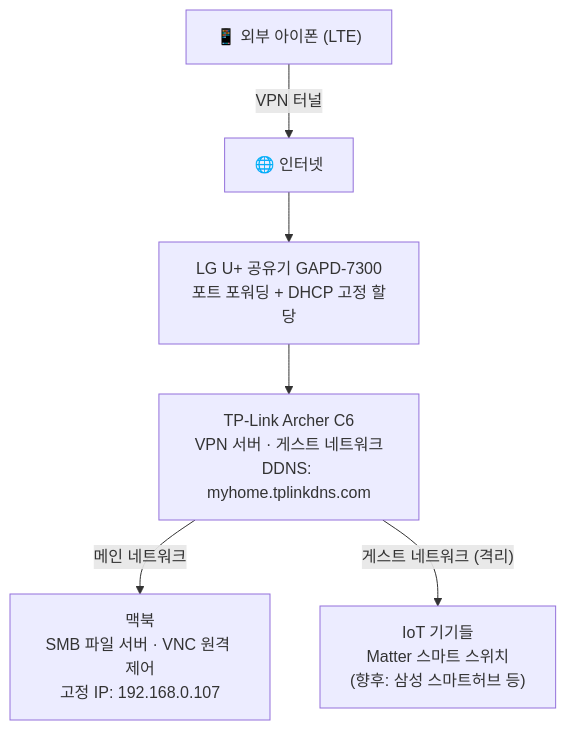
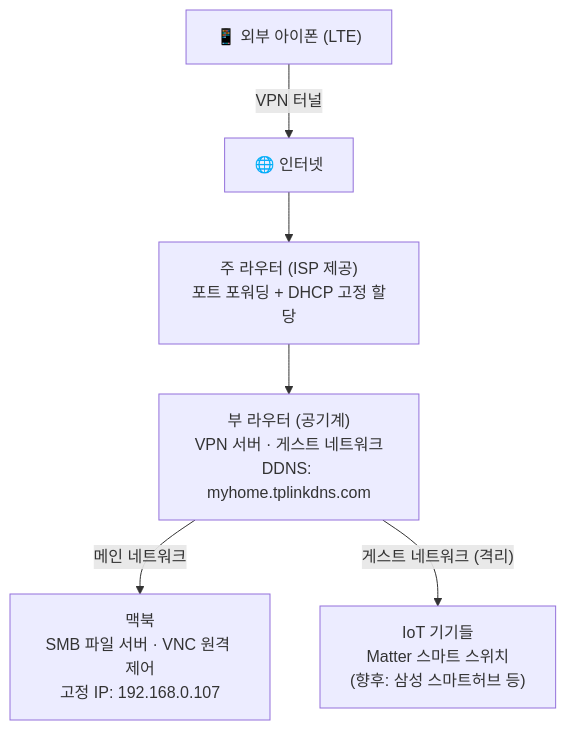
The first of 2 diagrams in content/ko/router-vpn-01.md (samcho0608/samcho0608.github.io), drawn with Mermaid before and after one commit. The commit also changed other lines of this file and 9 other files, not shown here.

````diff
--- a/content/ko/router-vpn-01.md
+++ b/content/ko/router-vpn-01.md
@@ -58,15 +58,15 @@
 ```mermaid
 graph TD
     Internet["🌐 인터넷"]
-    LG["LG U+ 공유기 GAPD-7300<br/>포트 포워딩 + DHCP 고정 할당"]
-    C6["TP-Link Archer C6<br/>VPN 서버 · 게스트 네트워크<br/>DDNS: myhome.tplinkdns.com"]
+    LG["주 라우터 (ISP 제공)<br/>포트 포워딩 + DHCP 고정 할당"]
+    C6["부 라우터 (공기계)<br/>VPN 서버 · 게스트 네트워크<br/>DDNS: myhome.tplinkdns.com"]
     MacBook["맥북<br/>SMB 파일 서버 · VNC 원격 제어<br/>고정 IP: 192.168.0.107"]
     IoT["IoT 기기들<br/>Matter 스마트 스위치<br/>(향후: 삼성 스마트허브 등)"]
     Outside["📱 외부 아이폰 (LTE)"]
 
     Internet --> LG
     LG --> C6
     C6 -->|"메인 네트워크"| MacBook
     C6 -->|"게스트 네트워크 (격리)"| IoT
     Outside -->|"VPN 터널"| Internet
 ```
````
